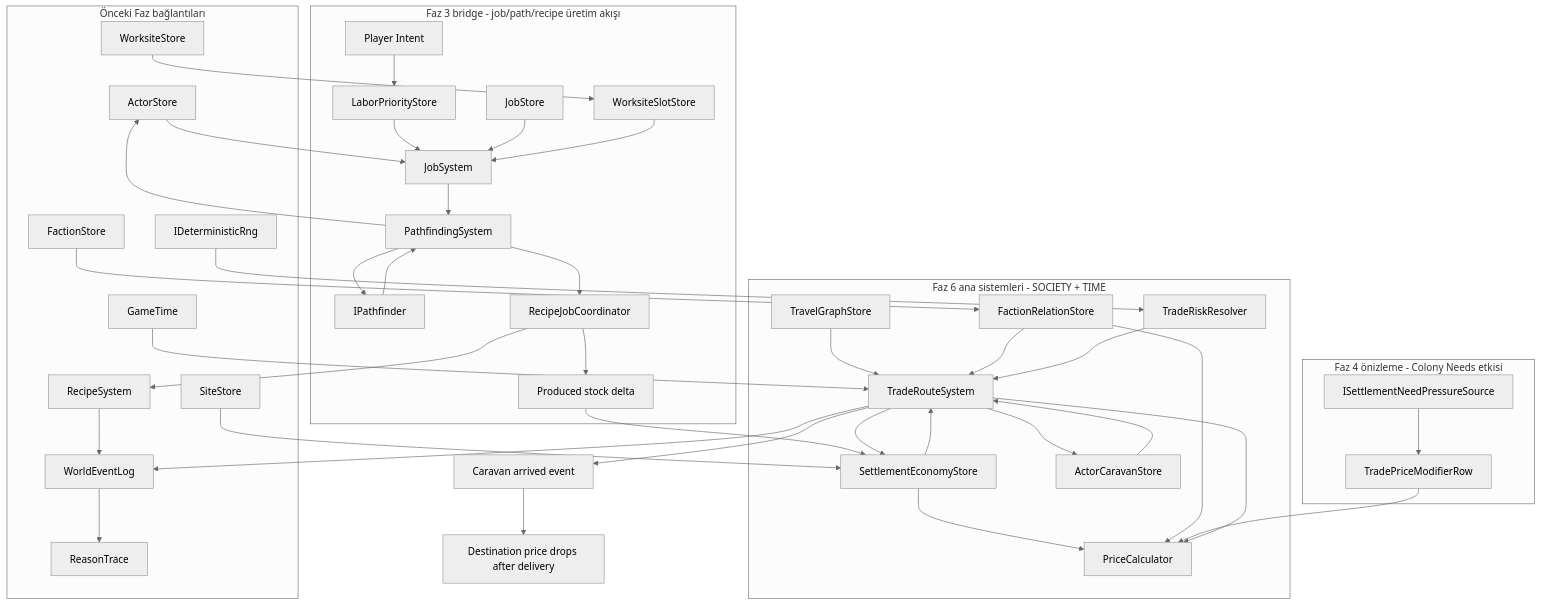
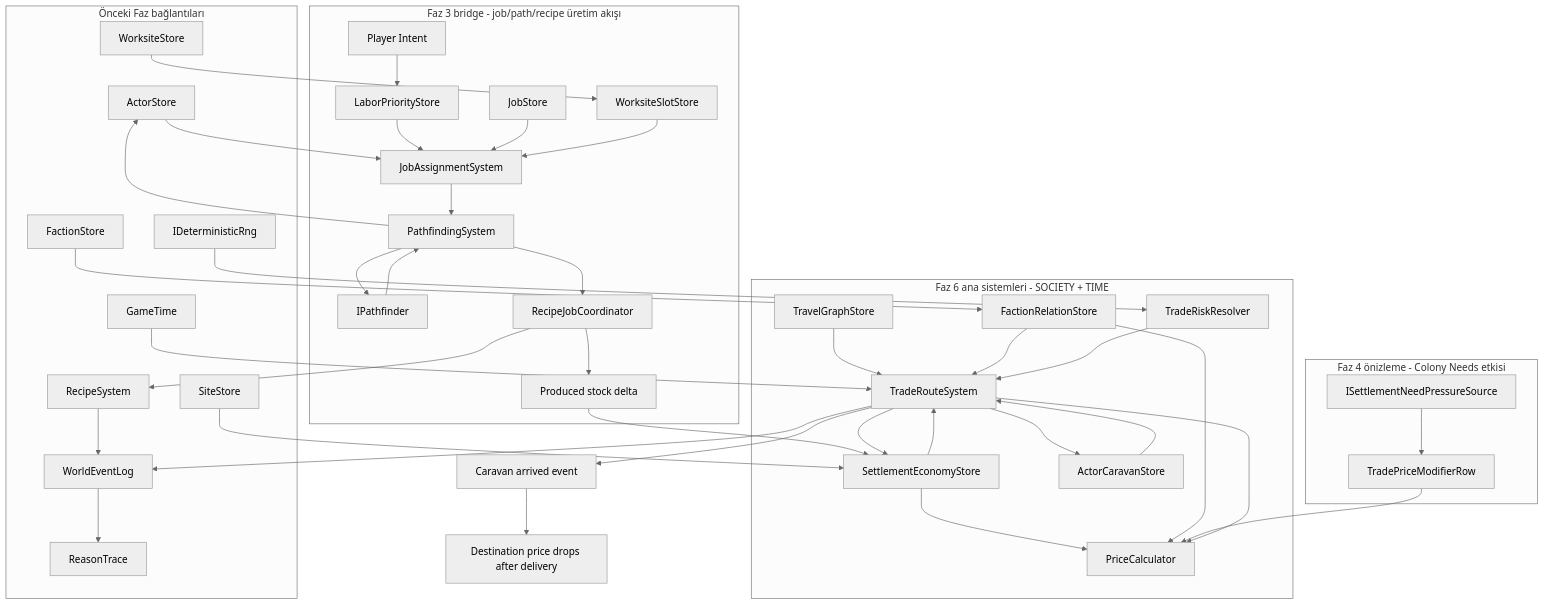
Before and after one commit to msbel5/alcyone-ember-rpg: the first of 3 diagrams in docs/mechanics/faz-6-trade-faction.md, drawn with Mermaid (neutral theme). The commit also changed other lines of this file and 10 other files, not shown here.

````diff
--- a/docs/mechanics/faz-6-trade-faction.md
+++ b/docs/mechanics/faz-6-trade-faction.md
@@ -3,79 +7,79 @@
 ```mermaid
 graph TB
     subgraph Previous["Önceki Faz bağlantıları"]
         GT[GameTime]
         RNG[IDeterministicRng]
         AS[ActorStore]
         SS[SiteStore]
         FS[FactionStore]
         WS[WorksiteStore]
         RS[RecipeSystem]
         EL[WorldEventLog]
         RT[ReasonTrace]
     end
 
     subgraph Bridge["Faz 3 bridge - job/path/recipe üretim akışı"]
         PI[Player Intent]
         LP[LaborPriorityStore]
-        JS[JobSystem]
+        JS[JobAssignmentSystem]
         JStore[JobStore]
         WSlot[WorksiteSlotStore]
         PF[IPathfinder]
         PFS[PathfindingSystem]
         RJC[RecipeJobCoordinator]
         StockDelta[Produced stock delta]
     end
 
     subgraph Phase6["Faz 6 ana sistemleri - SOCIETY + TIME"]
         SET[SettlementEconomyStore]
         TEDGE[TravelGraphStore]
         REL[FactionRelationStore]
         PRICE[PriceCalculator]
         CAR[ActorCaravanStore]
         RISK[TradeRiskResolver]
         TRS[TradeRouteSystem]
     end
 
     subgraph Preview["Faz 4 önizleme - Colony Needs etkisi"]
         NEEDS[ISettlementNeedPressureSource]
         DMOD[TradePriceModifierRow]
     end
 
     PI --> LP
     LP --> JS
     AS --> JS
     JStore --> JS
     WS --> WSlot
     WSlot --> JS
     JS --> PFS
     PFS --> PF
     PF --> PFS
     PFS --> AS
     PFS --> RJC
     RJC --> RS
     RS --> EL
     EL --> RT
     RJC --> StockDelta
 
     StockDelta --> SET
     SS --> SET
     FS --> REL
     SET --> PRICE
     REL --> PRICE
     NEEDS --> DMOD
     DMOD --> PRICE
     SET --> TRS
     TEDGE --> TRS
     REL --> TRS
     CAR --> TRS
     RNG --> RISK
     RISK --> TRS
     GT --> TRS
     TRS --> SET
     TRS --> CAR
     TRS --> EL
     TRS --> PRICE
 
     TRS --> Arrival["Caravan arrived event"]
     Arrival --> PriceDrop["Destination price drops after delivery"]
 ```
````
